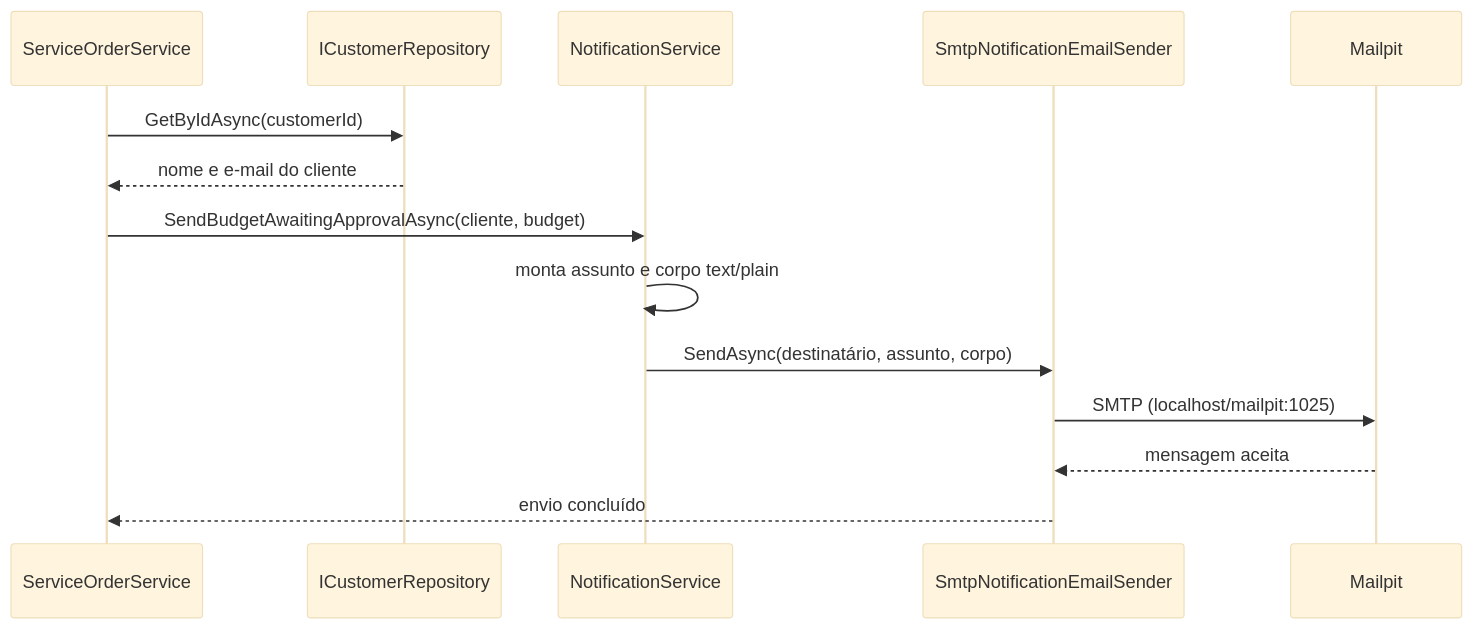
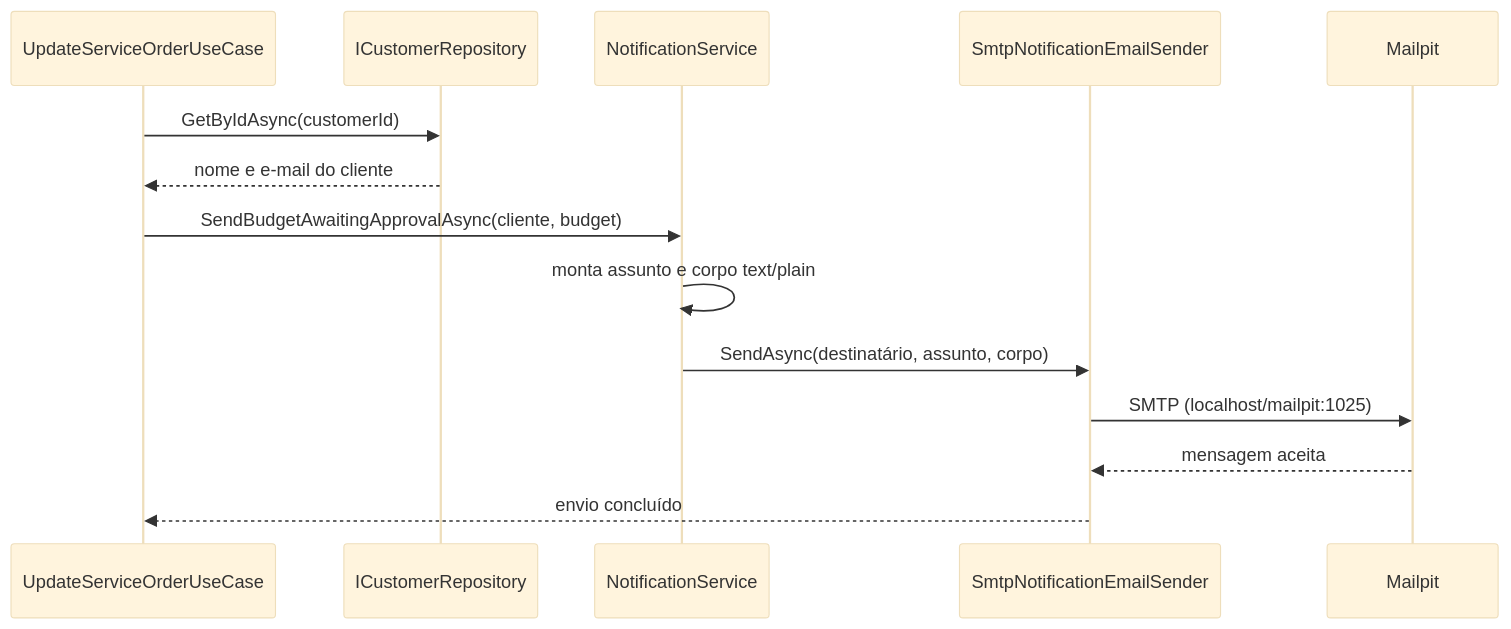
Before and after one commit to thierryiago/SOAT-Fase-1-Lil-Golden-Hammer: the third of 3 diagrams in docs/fluxo-ordem-servico.md, drawn with Mermaid (base theme). The commit also changed other lines of this file and 5 other files, not shown here.

Commit message:
Limpeza e atualização de documentação após extração de UseCases de ServiceOrder - arch-issue-7 #71

````diff
--- a/docs/fluxo-ordem-servico.md
+++ b/docs/fluxo-ordem-servico.md
@@ -531,17 +531,17 @@
 ```mermaid
 sequenceDiagram
-    participant SOS as ServiceOrderService
+    participant SOS as UpdateServiceOrderUseCase
     participant CR as ICustomerRepository
     participant NS as NotificationService
     participant SMTP as SmtpNotificationEmailSender
     participant MP as Mailpit
 
     SOS->>CR: GetByIdAsync(customerId)
     CR-->>SOS: nome e e-mail do cliente
     SOS->>NS: SendBudgetAwaitingApprovalAsync(cliente, budget)
     NS->>NS: monta assunto e corpo text/plain
     NS->>SMTP: SendAsync(destinatário, assunto, corpo)
     SMTP->>MP: SMTP (localhost/mailpit:1025)
     MP-->>SMTP: mensagem aceita
     SMTP-->>SOS: envio concluído
 ```
````
